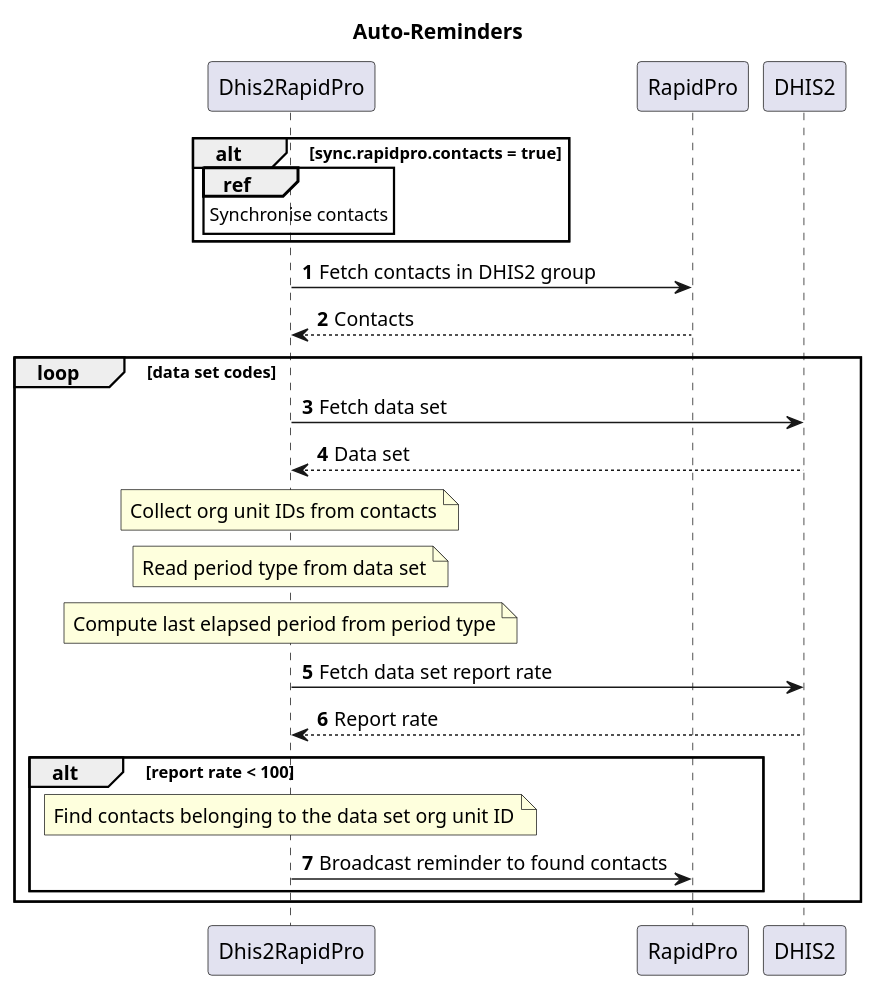
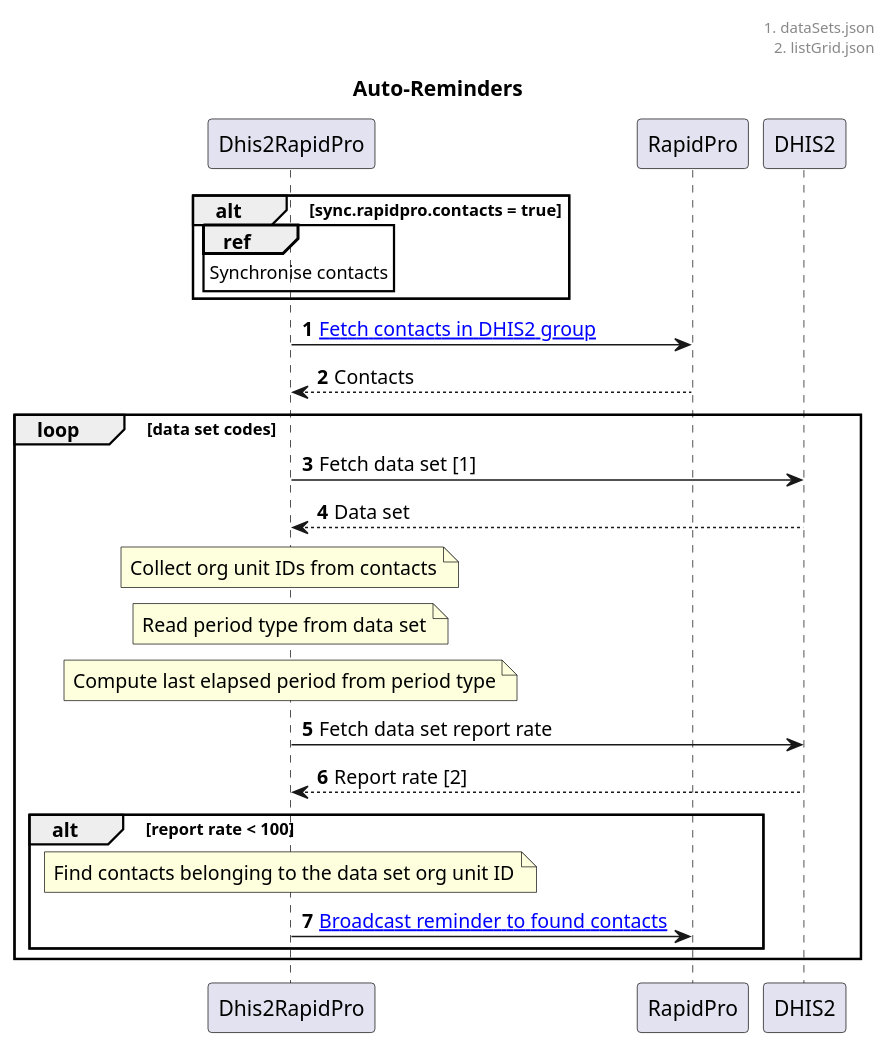
The diagram in design/plantuml/auto-reminders.puml (dhis2/integration-dhis-rapidpro), drawn with PlantUML before and after one commit. The commit also changed 4 other files, not shown here.

Commit message:
docs: document JSON data structures as requested by @bobjolliffe (#100)

```diff
--- a/design/plantuml/auto-reminders.puml
+++ b/design/plantuml/auto-reminders.puml
@@ -1,23 +1,28 @@
 @startuml
 title Auto-Reminders
 autonumber
 skinparam responseMessageBelowArrow true
+header
+    1. dataSets.json
+    2. listGrid.json
+endheader
+
 alt sync.rapidpro.contacts = true
     ref over Dhis2RapidPro : Synchronise contacts
 end
-Dhis2RapidPro -> RapidPro: Fetch contacts in DHIS2 group
+Dhis2RapidPro -> RapidPro: [[https://rapidpro.io/api/v2/contacts#listing-contacts Fetch contacts in DHIS2 group]]
 RapidPro --> Dhis2RapidPro: Contacts
 loop data set codes
-    Dhis2RapidPro -> DHIS2: Fetch data set
+    Dhis2RapidPro -> DHIS2: Fetch data set [1]
     DHIS2 --> Dhis2RapidPro: Data set
     note over Dhis2RapidPro: Collect org unit IDs from contacts
     note over Dhis2RapidPro: Read period type from data set
     note over Dhis2RapidPro: Compute last elapsed period from period type
     Dhis2RapidPro -> DHIS2: Fetch data set report rate
-    DHIS2 --> Dhis2RapidPro: Report rate
+    DHIS2 --> Dhis2RapidPro: Report rate [2]
     alt report rate < 100
         note over Dhis2RapidPro: Find contacts belonging to the data set org unit ID
-        Dhis2RapidPro -> RapidPro: Broadcast reminder to found contacts
+        Dhis2RapidPro -> RapidPro: [[https://rapidpro.io/api/v2/broadcasts#sending-broadcasts Broadcast reminder to found contacts]]
     end
 end
 @enduml
```
